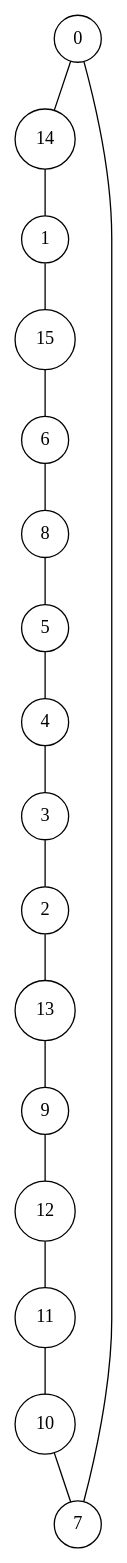
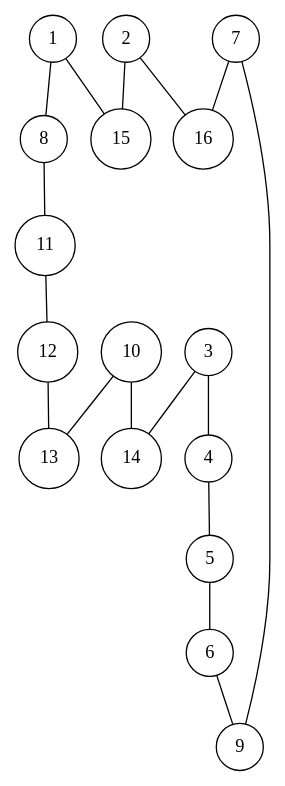
The diagram in data_tsplib/ulysses16/ulysses16.dot (lugot/tsp-approximation), drawn with Graphviz before and after one commit. The commit also changed 14 other files, not shown here.

```diff
--- a/data_tsplib/ulysses16/ulysses16.dot
+++ b/data_tsplib/ulysses16/ulysses16.dot
@@ -1,36 +1,36 @@
 graph ulysses16 {
 	node [shape=circle fillcolor=white]
-	0 [ pos = "18.549600,9.905409!"]
-	1 [ pos = "19.194761,12.684938!"]
-	2 [ pos = "19.674994,12.282319!"]
-	3 [ pos = "17.589134,11.215135!"]
-	4 [ pos = "16.240602,5.112782!"]
-	5 [ pos = "18.219743,5.913170!"]
-	6 [ pos = "18.636915,6.359447!"]
-	7 [ pos = "18.200340,9.915110!"]
-	8 [ pos = "20.000000,4.414261!"]
-	9 [ pos = "19.970895,6.330342!"]
-	10 [ pos = "17.501819,-2.527286!"]
-	11 [ pos = "18.661169,7.339316!"]
-	12 [ pos = "18.505942,7.446034!"]
-	13 [ pos = "18.195489,7.358719!"]
-	14 [ pos = "17.215620,6.946398!"]
-	15 [ pos = "19.092894,9.488237!"]
+	1 [ pos = "18.549600,9.905409!"]
+	2 [ pos = "19.194761,12.684938!"]
+	3 [ pos = "19.674994,12.282319!"]
+	4 [ pos = "17.589134,11.215135!"]
+	5 [ pos = "16.240602,5.112782!"]
+	6 [ pos = "18.219743,5.913170!"]
+	7 [ pos = "18.636915,6.359447!"]
+	8 [ pos = "18.200340,9.915110!"]
+	9 [ pos = "20.000000,4.414261!"]
+	10 [ pos = "19.970895,6.330342!"]
+	11 [ pos = "17.501819,-2.527286!"]
+	12 [ pos = "18.661169,7.339316!"]
+	13 [ pos = "18.505942,7.446034!"]
+	14 [ pos = "18.195489,7.358719!"]
+	15 [ pos = "17.215620,6.946398!"]
+	16 [ pos = "19.092894,9.488237!"]
 
-	0 -- 14
+	1 -- 8
 	1 -- 15
-	2 -- 13
-	3 -- 2
-	4 -- 3
-	5 -- 4
-	6 -- 8
-	7 -- 0
-	8 -- 5
-	9 -- 12
-	10 -- 7
-	11 -- 10
-	12 -- 11
-	13 -- 9
-	14 -- 1
-	15 -- 6
+	2 -- 15
+	2 -- 16
+	3 -- 4
+	3 -- 14
+	4 -- 5
+	5 -- 6
+	6 -- 9
+	7 -- 9
+	7 -- 16
+	8 -- 11
+	10 -- 13
+	10 -- 14
+	11 -- 12
+	12 -- 13
 }
```
